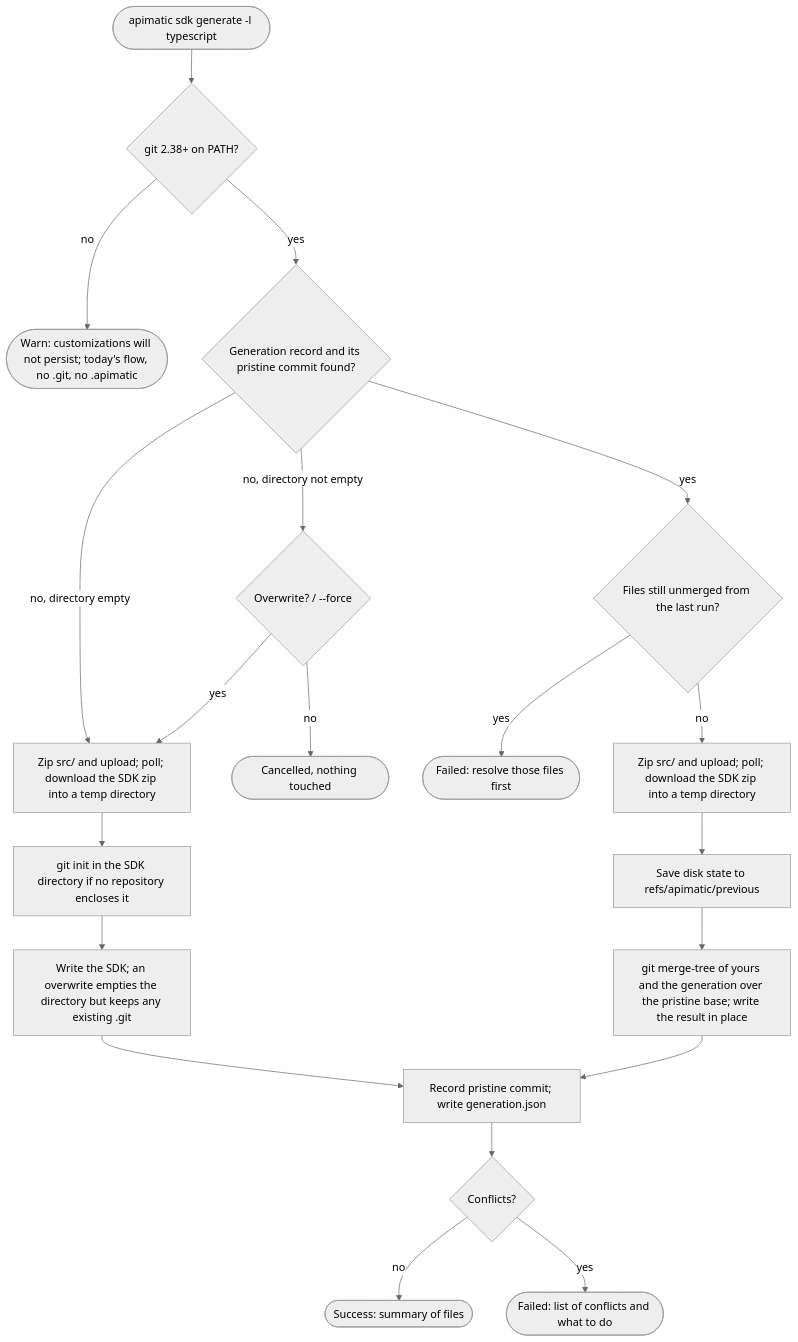
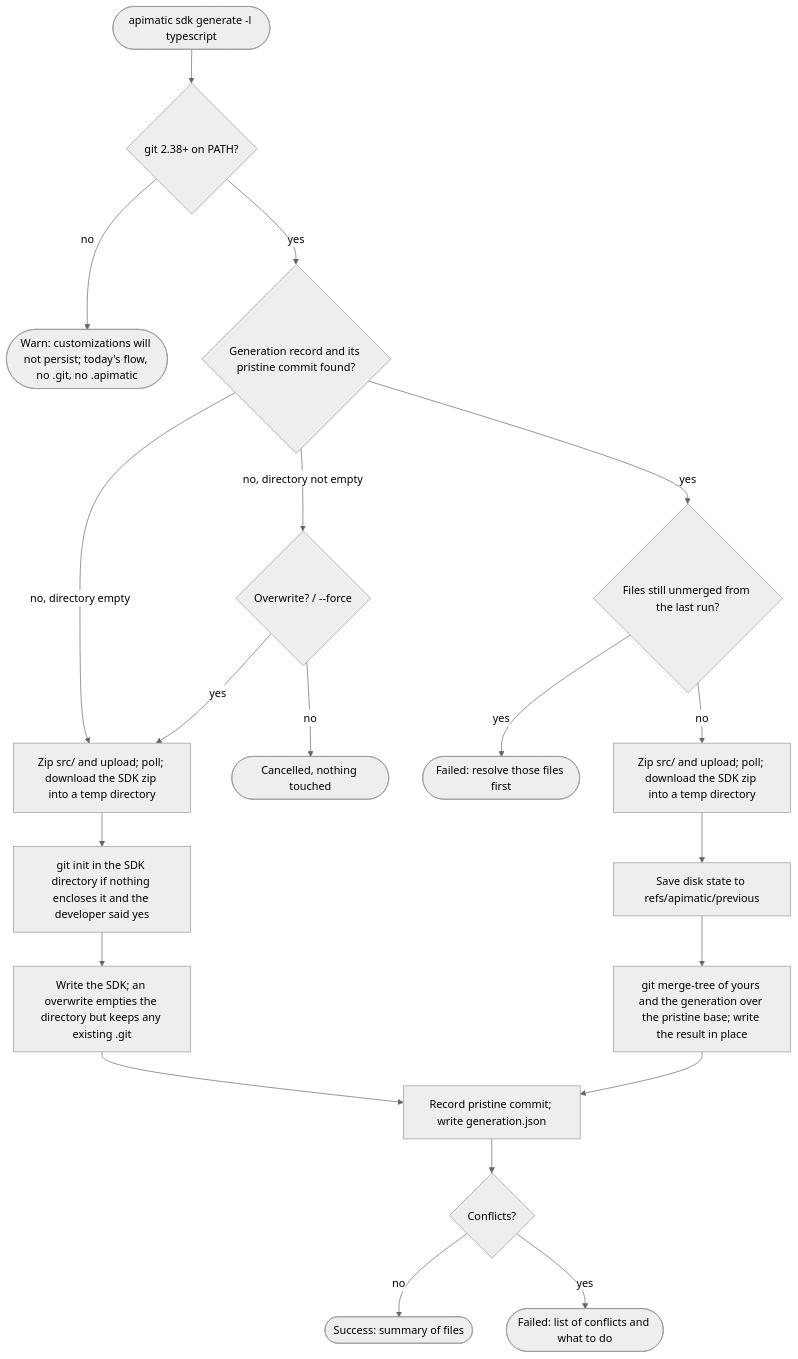
One commit to apimatic/apimatic-cli changed the first of 2 diagrams in .ai/plans/custom-code.md. Above: the diagram before and after it, drawn with Mermaid (neutral theme). The commit also changed other lines of this file and 10 other files, not shown here.

First line of the commit message:
feat(sdk): ask before git init, refuse --force over a recorded SDK, slim the record, announce the hook once

````diff
--- a/.ai/plans/custom-code.md
+++ b/.ai/plans/custom-code.md
@@ -173,22 +175,22 @@
 ```mermaid
 flowchart TD
   A([apimatic sdk generate -l typescript]) --> V{git 2.38+ on PATH?}
   V -- no --> V1([Warn: customizations will not persist; today's flow, no .git, no .apimatic])
   V -- yes --> D{Generation record and its pristine commit found?}
   D -- no, directory empty --> C1
   D -- no, directory not empty --> F{Overwrite? / --force}
   F -- no --> X([Cancelled, nothing touched])
   F -- yes --> C1[Zip src/ and upload; poll; download the SDK zip into a temp directory]
-  C1 --> R1[git init in the SDK directory if no repository encloses it]
+  C1 --> R1[git init in the SDK directory if nothing encloses it and the developer said yes]
   R1 --> E[Write the SDK; an overwrite empties the directory but keeps any existing .git]
   D -- yes --> G{Files still unmerged from the last run?}
   G -- yes --> Y([Failed: resolve those files first])
   G -- no --> C2[Zip src/ and upload; poll; download the SDK zip into a temp directory]
   C2 --> H[Save disk state to refs/apimatic/previous]
   H --> I[git merge-tree of yours and the generation over the pristine base; write the result in place]
   E --> J[Record pristine commit; write generation.json]
   I --> J
   J --> K{Conflicts?}
   K -- no --> S([Success: summary of files])
   K -- yes --> T([Failed: list of conflicts and what to do])
 ```
````
